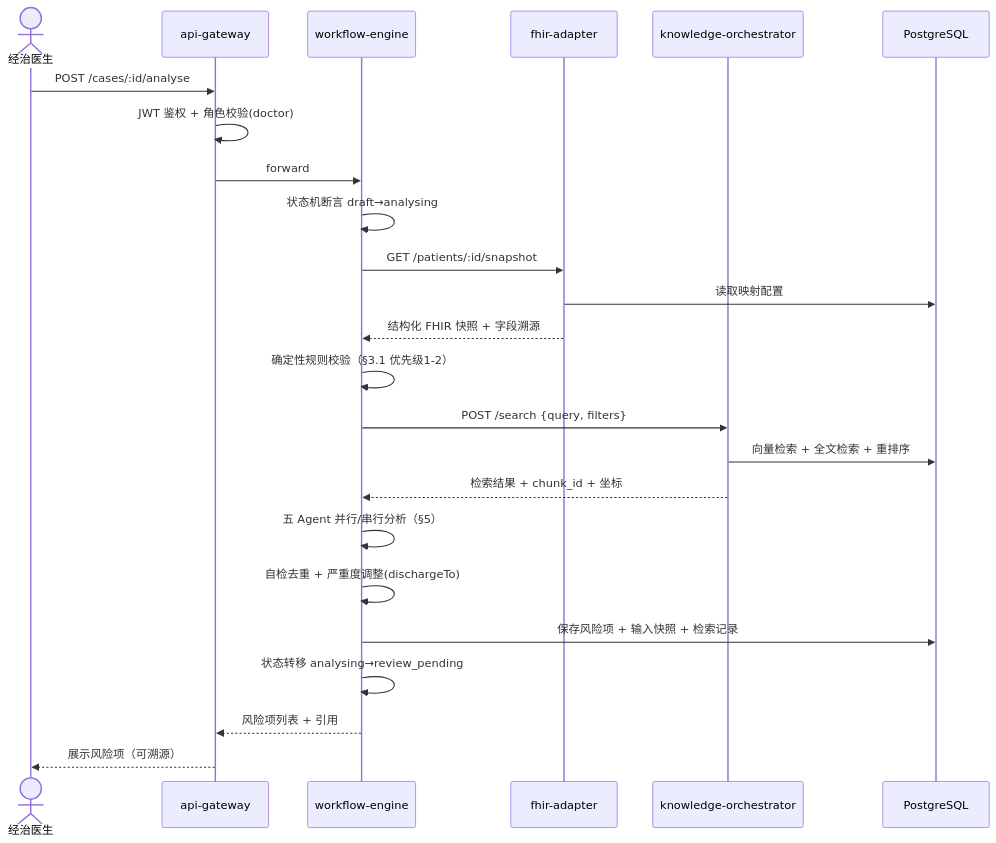
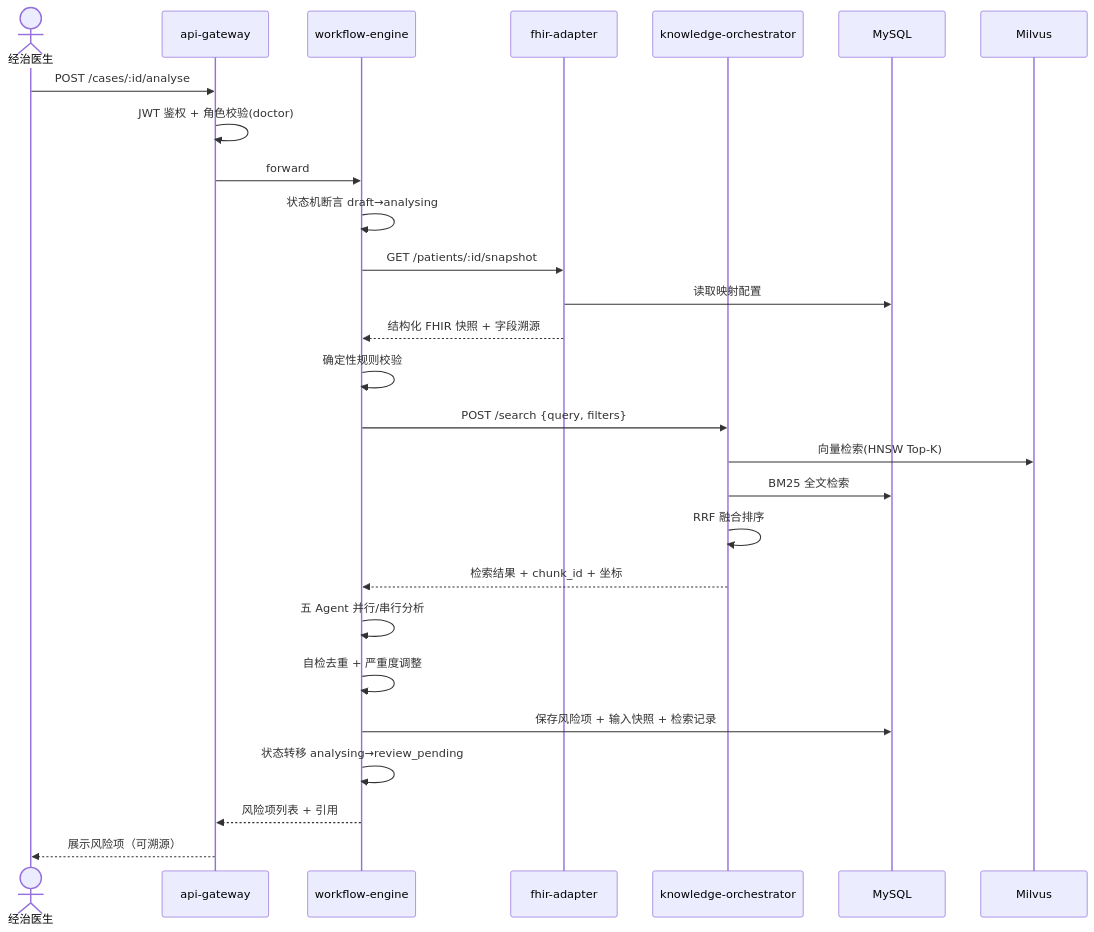
One commit to liangyiliu96-cmyk/zhenhu-care-handoff changed the second of 4 diagrams in docs/architecture/00-系统架构总览.md. Above: the diagram before and after it, drawn with Mermaid. The commit also changed other lines of this file and 4 other files, not shown here.

First line of the commit message:
refactor(arch): 架构总览 v0.2 — FastAPI+MySQL/Milvus+前端完整方案

````diff
--- a/docs/architecture/00-系统架构总览.md
+++ b/docs/architecture/00-系统架构总览.md
@@ -115,27 +203,30 @@
 ```mermaid
 sequenceDiagram
   actor D as 经治医生
   participant GW as api-gateway
   participant WE as workflow-engine
   participant FA as fhir-adapter
   participant KO as knowledge-orchestrator
-  participant DB as PostgreSQL
+  participant MySQL as MySQL
+  participant Milvus as Milvus
 
   D->>GW: POST /cases/:id/analyse
   GW->>GW: JWT 鉴权 + 角色校验(doctor)
   GW->>WE: forward
   WE->>WE: 状态机断言 draft→analysing
   WE->>FA: GET /patients/:id/snapshot
-  FA->>DB: 读取映射配置
+  FA->>MySQL: 读取映射配置
   FA-->>WE: 结构化 FHIR 快照 + 字段溯源
-  WE->>WE: 确定性规则校验（§3.1 优先级1-2）
+  WE->>WE: 确定性规则校验
   WE->>KO: POST /search {query, filters}
-  KO->>DB: 向量检索 + 全文检索 + 重排序
+  KO->>Milvus: 向量检索(HNSW Top-K)
+  KO->>MySQL: BM25 全文检索
+  KO->>KO: RRF 融合排序
   KO-->>WE: 检索结果 + chunk_id + 坐标
-  WE->>WE: 五 Agent 并行/串行分析（§5）
-  WE->>WE: 自检去重 + 严重度调整(dischargeTo)
-  WE->>DB: 保存风险项 + 输入快照 + 检索记录
+  WE->>WE: 五 Agent 并行/串行分析
+  WE->>WE: 自检去重 + 严重度调整
+  WE->>MySQL: 保存风险项 + 输入快照 + 检索记录
   WE->>WE: 状态转移 analysing→review_pending
   WE-->>GW: 风险项列表 + 引用
   GW-->>D: 展示风险项（可溯源）
 ```
````
